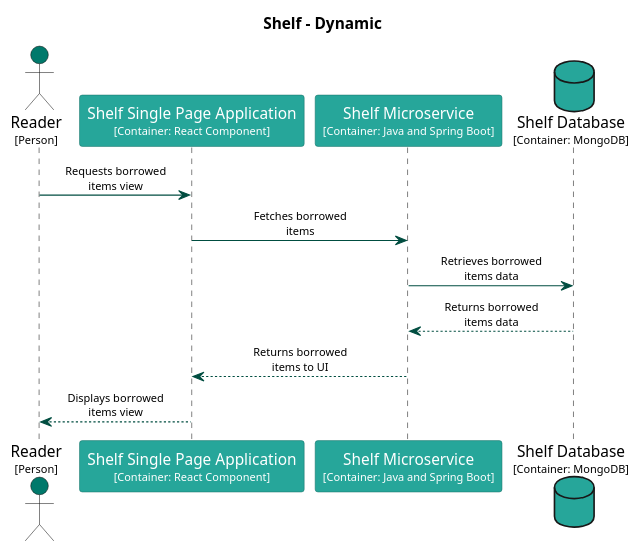
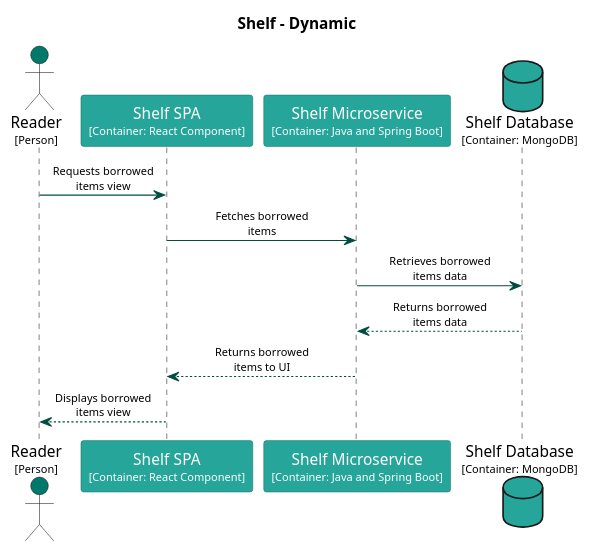
One commit to Goodmorning918/E-Library-Architecture changed the diagram in main/puml/present-books-from-reader-shelf.puml. Above: the diagram before and after it, drawn with PlantUML. The commit also changed 147 other files, not shown here.

Commit message:
Deploying to gh-pages from @ Goodmorning918/E-Library-Architecture@44f7933ce3b599391c9f964d6f6a5102fbb01043 🚀

```diff
--- a/main/puml/present-books-from-reader-shelf.puml
+++ b/main/puml/present-books-from-reader-shelf.puml
@@ -1,49 +1,49 @@
 @startuml
 set separator none
 title Shelf - Dynamic
 
 skinparam {
   arrowFontSize 10
   defaultTextAlignment center
   wrapWidth 200
   maxMessageSize 100
 }
 
 hide stereotype
 
 skinparam sequenceParticipant<<Reader>> {
   BackgroundColor #00796b
   FontColor #ffffff
   BorderColor #00544a
   shadowing false
 }
 skinparam sequenceParticipant<<Shelf.ShelfDatabase>> {
   BackgroundColor #26a69a
   FontColor #ffffff
   BorderColor #1a746b
   shadowing false
 }
 skinparam sequenceParticipant<<Shelf.ShelfMicroservice>> {
   BackgroundColor #26a69a
   FontColor #ffffff
   BorderColor #1a746b
   shadowing false
 }
-skinparam sequenceParticipant<<Shelf.ShelfSinglePageApplication>> {
+skinparam sequenceParticipant<<Shelf.ShelfSPA>> {
   BackgroundColor #26a69a
   FontColor #ffffff
   BorderColor #1a746b
   shadowing false
 }
 
 actor "Reader\n<size:10>[Person]</size>" as Reader <<Reader>> #00796b
-participant "Shelf Single Page Application\n<size:10>[Container: React Component]</size>" as Shelf.ShelfSinglePageApplication <<Shelf.ShelfSinglePageApplication>> #26a69a
+participant "Shelf SPA\n<size:10>[Container: React Component]</size>" as Shelf.ShelfSPA <<Shelf.ShelfSPA>> #26a69a
 participant "Shelf Microservice\n<size:10>[Container: Java and Spring Boot]</size>" as Shelf.ShelfMicroservice <<Shelf.ShelfMicroservice>> #26a69a
 database "Shelf Database\n<size:10>[Container: MongoDB]</size>" as Shelf.ShelfDatabase <<Shelf.ShelfDatabase>> #26a69a
-Reader -[#004d40]> Shelf.ShelfSinglePageApplication : Requests borrowed items view
-Shelf.ShelfSinglePageApplication -[#004d40]> Shelf.ShelfMicroservice : Fetches borrowed items
+Reader -[#004d40]> Shelf.ShelfSPA : Requests borrowed items view
+Shelf.ShelfSPA -[#004d40]> Shelf.ShelfMicroservice : Fetches borrowed items
 Shelf.ShelfMicroservice -[#004d40]> Shelf.ShelfDatabase : Retrieves borrowed items data
 Shelf.ShelfMicroservice <-[#004d40]- Shelf.ShelfDatabase : Returns borrowed items data
-Shelf.ShelfSinglePageApplication <-[#004d40]- Shelf.ShelfMicroservice : Returns borrowed items to UI
-Reader <-[#004d40]- Shelf.ShelfSinglePageApplication : Displays borrowed items view
+Shelf.ShelfSPA <-[#004d40]- Shelf.ShelfMicroservice : Returns borrowed items to UI
+Reader <-[#004d40]- Shelf.ShelfSPA : Displays borrowed items view
 @enduml
```
